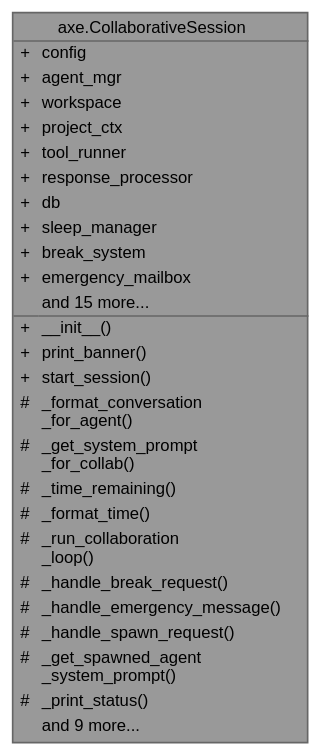
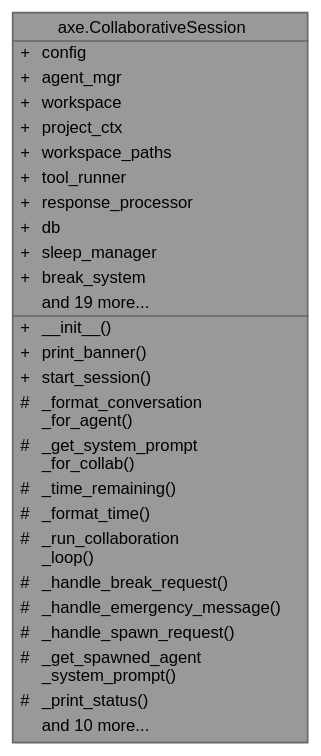
Before and after one commit to EdgeOfAssembly/AXE: the diagram in llm_prep/dot_graphs_doxygen/classaxe_1_1CollaborativeSession__coll__graph.dot, drawn with Graphviz. The commit also changed 1326 other files, not shown here.

```diff
--- a/llm_prep/dot_graphs_doxygen/classaxe_1_1CollaborativeSession__coll__graph.dot
+++ b/llm_prep/dot_graphs_doxygen/classaxe_1_1CollaborativeSession__coll__graph.dot
@@ -1,37 +1,37 @@
 digraph "axe.CollaborativeSession"
 {
  // LATEX_PDF_SIZE
   bgcolor="transparent";
   edge [fontname=Helvetica,fontsize=10,labelfontname=Helvetica,labelfontsize=10];
   node [fontname=Helvetica,fontsize=10,shape=box,height=0.2,width=0.4];
   Node1 [id="Node000001",shape=plain,label=<<TABLE CELLBORDER="0" BORDER="1"><TR><TD COLSPAN="2" CELLPADDING="1" CELLSPACING="0">axe.CollaborativeSession</TD></TR>
 <HR/>
 <TR><TD VALIGN="top" CELLPADDING="1" CELLSPACING="0">+</TD><TD VALIGN="top" ALIGN="LEFT" CELLPADDING="1" CELLSPACING="0">config<BR ALIGN="LEFT"/></TD></TR>
 <TR><TD VALIGN="top" CELLPADDING="1" CELLSPACING="0">+</TD><TD VALIGN="top" ALIGN="LEFT" CELLPADDING="1" CELLSPACING="0">agent_mgr<BR ALIGN="LEFT"/></TD></TR>
 <TR><TD VALIGN="top" CELLPADDING="1" CELLSPACING="0">+</TD><TD VALIGN="top" ALIGN="LEFT" CELLPADDING="1" CELLSPACING="0">workspace<BR ALIGN="LEFT"/></TD></TR>
 <TR><TD VALIGN="top" CELLPADDING="1" CELLSPACING="0">+</TD><TD VALIGN="top" ALIGN="LEFT" CELLPADDING="1" CELLSPACING="0">project_ctx<BR ALIGN="LEFT"/></TD></TR>
+<TR><TD VALIGN="top" CELLPADDING="1" CELLSPACING="0">+</TD><TD VALIGN="top" ALIGN="LEFT" CELLPADDING="1" CELLSPACING="0">workspace_paths<BR ALIGN="LEFT"/></TD></TR>
 <TR><TD VALIGN="top" CELLPADDING="1" CELLSPACING="0">+</TD><TD VALIGN="top" ALIGN="LEFT" CELLPADDING="1" CELLSPACING="0">tool_runner<BR ALIGN="LEFT"/></TD></TR>
 <TR><TD VALIGN="top" CELLPADDING="1" CELLSPACING="0">+</TD><TD VALIGN="top" ALIGN="LEFT" CELLPADDING="1" CELLSPACING="0">response_processor<BR ALIGN="LEFT"/></TD></TR>
 <TR><TD VALIGN="top" CELLPADDING="1" CELLSPACING="0">+</TD><TD VALIGN="top" ALIGN="LEFT" CELLPADDING="1" CELLSPACING="0">db<BR ALIGN="LEFT"/></TD></TR>
 <TR><TD VALIGN="top" CELLPADDING="1" CELLSPACING="0">+</TD><TD VALIGN="top" ALIGN="LEFT" CELLPADDING="1" CELLSPACING="0">sleep_manager<BR ALIGN="LEFT"/></TD></TR>
 <TR><TD VALIGN="top" CELLPADDING="1" CELLSPACING="0">+</TD><TD VALIGN="top" ALIGN="LEFT" CELLPADDING="1" CELLSPACING="0">break_system<BR ALIGN="LEFT"/></TD></TR>
-<TR><TD VALIGN="top" CELLPADDING="1" CELLSPACING="0">+</TD><TD VALIGN="top" ALIGN="LEFT" CELLPADDING="1" CELLSPACING="0">emergency_mailbox<BR ALIGN="LEFT"/></TD></TR>
-<TR><TD VALIGN="top" CELLPADDING="1" CELLSPACING="0"></TD><TD VALIGN="top" ALIGN="LEFT" CELLPADDING="1" CELLSPACING="0">and 15 more...</TD></TR>
+<TR><TD VALIGN="top" CELLPADDING="1" CELLSPACING="0"></TD><TD VALIGN="top" ALIGN="LEFT" CELLPADDING="1" CELLSPACING="0">and 19 more...</TD></TR>
 <HR/>
 <TR><TD VALIGN="top" CELLPADDING="1" CELLSPACING="0">+</TD><TD VALIGN="top" ALIGN="LEFT" CELLPADDING="1" CELLSPACING="0">__init__()<BR ALIGN="LEFT"/></TD></TR>
 <TR><TD VALIGN="top" CELLPADDING="1" CELLSPACING="0">+</TD><TD VALIGN="top" ALIGN="LEFT" CELLPADDING="1" CELLSPACING="0">print_banner()<BR ALIGN="LEFT"/></TD></TR>
 <TR><TD VALIGN="top" CELLPADDING="1" CELLSPACING="0">+</TD><TD VALIGN="top" ALIGN="LEFT" CELLPADDING="1" CELLSPACING="0">start_session()<BR ALIGN="LEFT"/></TD></TR>
 <TR><TD VALIGN="top" CELLPADDING="1" CELLSPACING="0">#</TD><TD VALIGN="top" ALIGN="LEFT" CELLPADDING="1" CELLSPACING="0">_format_conversation<BR ALIGN="LEFT"/>_for_agent()<BR ALIGN="LEFT"/></TD></TR>
 <TR><TD VALIGN="top" CELLPADDING="1" CELLSPACING="0">#</TD><TD VALIGN="top" ALIGN="LEFT" CELLPADDING="1" CELLSPACING="0">_get_system_prompt<BR ALIGN="LEFT"/>_for_collab()<BR ALIGN="LEFT"/></TD></TR>
 <TR><TD VALIGN="top" CELLPADDING="1" CELLSPACING="0">#</TD><TD VALIGN="top" ALIGN="LEFT" CELLPADDING="1" CELLSPACING="0">_time_remaining()<BR ALIGN="LEFT"/></TD></TR>
 <TR><TD VALIGN="top" CELLPADDING="1" CELLSPACING="0">#</TD><TD VALIGN="top" ALIGN="LEFT" CELLPADDING="1" CELLSPACING="0">_format_time()<BR ALIGN="LEFT"/></TD></TR>
 <TR><TD VALIGN="top" CELLPADDING="1" CELLSPACING="0">#</TD><TD VALIGN="top" ALIGN="LEFT" CELLPADDING="1" CELLSPACING="0">_run_collaboration<BR ALIGN="LEFT"/>_loop()<BR ALIGN="LEFT"/></TD></TR>
 <TR><TD VALIGN="top" CELLPADDING="1" CELLSPACING="0">#</TD><TD VALIGN="top" ALIGN="LEFT" CELLPADDING="1" CELLSPACING="0">_handle_break_request()<BR ALIGN="LEFT"/></TD></TR>
 <TR><TD VALIGN="top" CELLPADDING="1" CELLSPACING="0">#</TD><TD VALIGN="top" ALIGN="LEFT" CELLPADDING="1" CELLSPACING="0">_handle_emergency_message()<BR ALIGN="LEFT"/></TD></TR>
 <TR><TD VALIGN="top" CELLPADDING="1" CELLSPACING="0">#</TD><TD VALIGN="top" ALIGN="LEFT" CELLPADDING="1" CELLSPACING="0">_handle_spawn_request()<BR ALIGN="LEFT"/></TD></TR>
 <TR><TD VALIGN="top" CELLPADDING="1" CELLSPACING="0">#</TD><TD VALIGN="top" ALIGN="LEFT" CELLPADDING="1" CELLSPACING="0">_get_spawned_agent<BR ALIGN="LEFT"/>_system_prompt()<BR ALIGN="LEFT"/></TD></TR>
 <TR><TD VALIGN="top" CELLPADDING="1" CELLSPACING="0">#</TD><TD VALIGN="top" ALIGN="LEFT" CELLPADDING="1" CELLSPACING="0">_print_status()<BR ALIGN="LEFT"/></TD></TR>
-<TR><TD VALIGN="top" CELLPADDING="1" CELLSPACING="0"></TD><TD VALIGN="top" ALIGN="LEFT" CELLPADDING="1" CELLSPACING="0">and 9 more...</TD></TR>
+<TR><TD VALIGN="top" CELLPADDING="1" CELLSPACING="0"></TD><TD VALIGN="top" ALIGN="LEFT" CELLPADDING="1" CELLSPACING="0">and 10 more...</TD></TR>
 </TABLE>>
 ,height=0.2,width=0.4,color="gray40", fillcolor="grey60", style="filled", fontcolor="black",tooltip=" "];
 }
```
